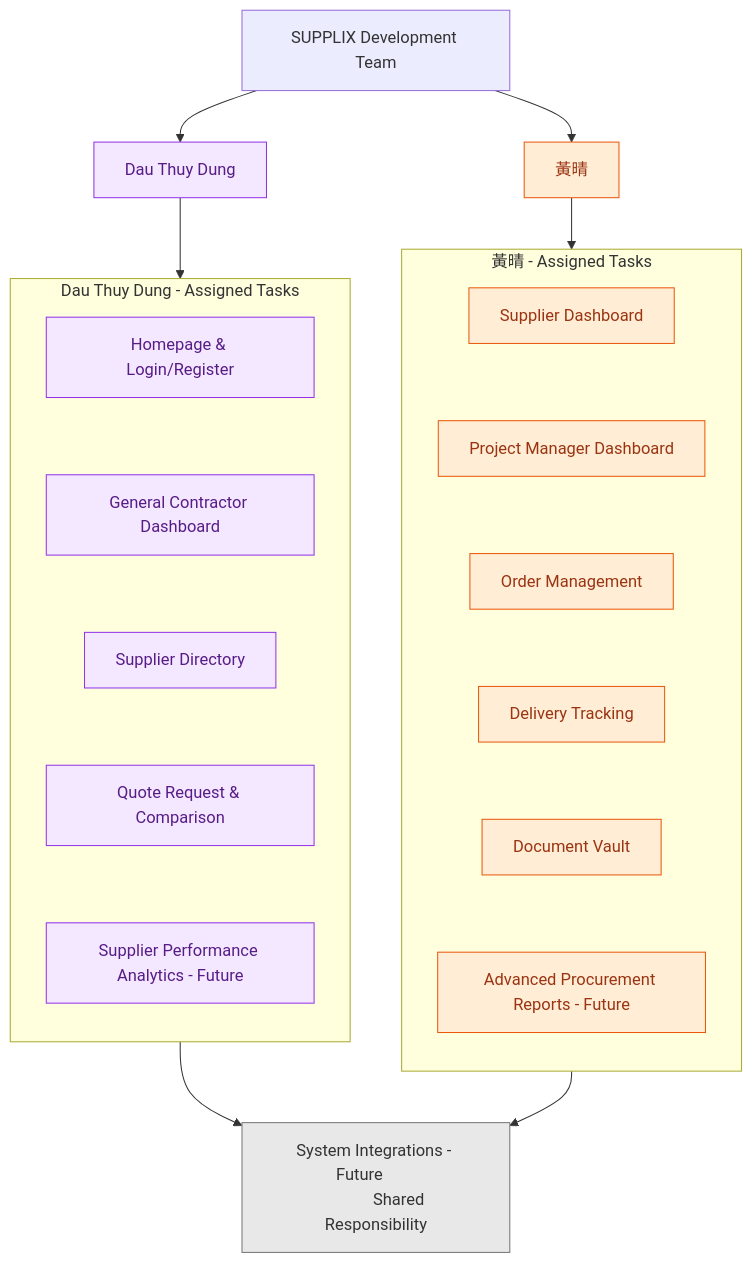
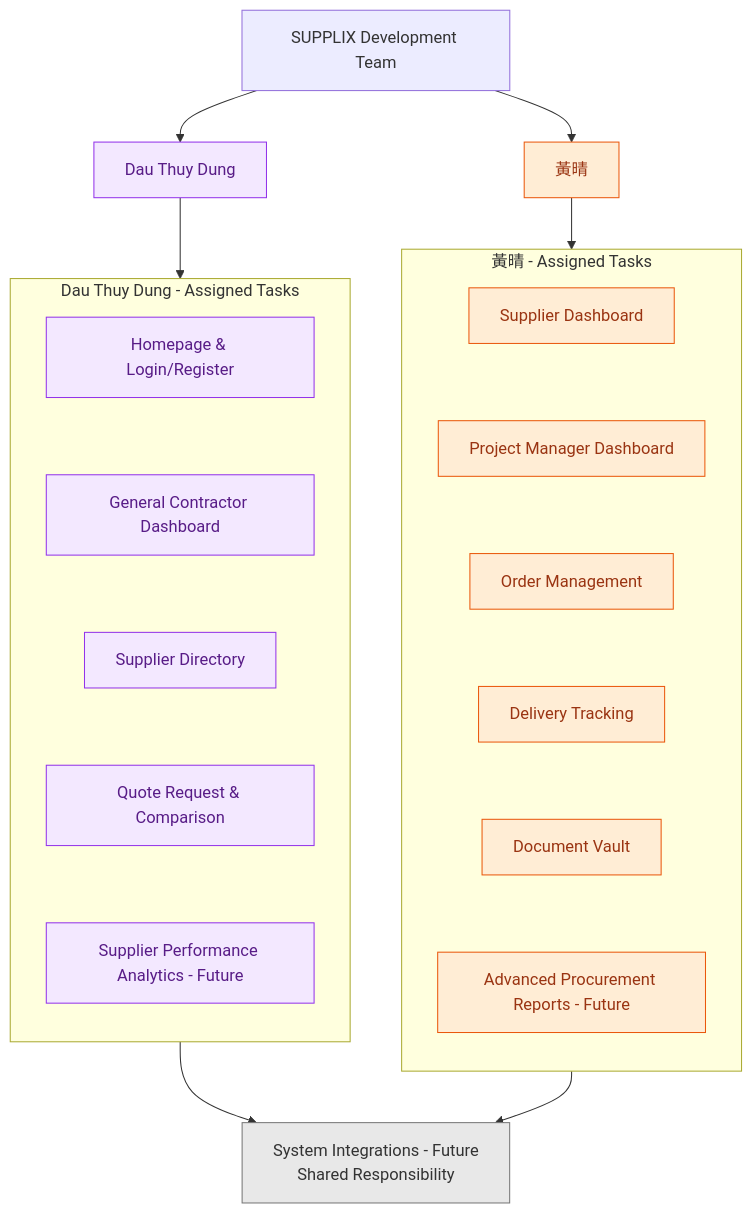
The second of 2 diagrams in README.md (dauthuydung/construction-supplier-management-SUPPLIX), drawn with Mermaid before and after one commit. The commit also changed other lines of this file, not shown here.

````diff
--- a/README.md
+++ b/README.md
@@ -110,51 +110,51 @@
 ```mermaid
 flowchart TB
     A["　SUPPLIX Development Team　"]
 
     A --> B["Dau Thuy Dung"]
     A --> C["黃晴"]
 
     subgraph M1["Dau Thuy Dung - Assigned Tasks"]
         direction TB
         D["Homepage & Login/Register"]
         E["General Contractor Dashboard"]
         F["Supplier Directory"]
         G["Quote Request & Comparison"]
         R["Supplier Performance Analytics - Future"]
 
         D ~~~ E
         E ~~~ F
         F ~~~ G
         G ~~~ R
     end
 
     subgraph M2["黃晴 - Assigned Tasks"]
         direction TB
         H["Supplier Dashboard"]
         I["Project Manager Dashboard"]
         J["Order Management"]
         K["Delivery Tracking"]
         L["Document Vault"]
         S["Advanced Procurement Reports - Future"]
 
         H ~~~ I
         I ~~~ J
         J ~~~ K
         K ~~~ L
         L ~~~ S
     end
 
     B --> M1
     C --> M2
 
-    M1 --> T["　　System Integrations - Future　　<br/>　　　Shared Responsibility　　　"]
+    M1 --> T["System Integrations - Future<br/>Shared Responsibility"]
     M2 --> T
 
     classDef member1 fill:#F3E8FF,stroke:#9333EA,color:#581C87
     classDef member2 fill:#FFEDD5,stroke:#EA580C,color:#9A3412
     classDef shared fill:#E8E8E8,stroke:#777777,color:#333333
 
     class B,D,E,F,G,R member1
     class C,H,I,J,K,L,S member2
     class T shared
 ```
````
